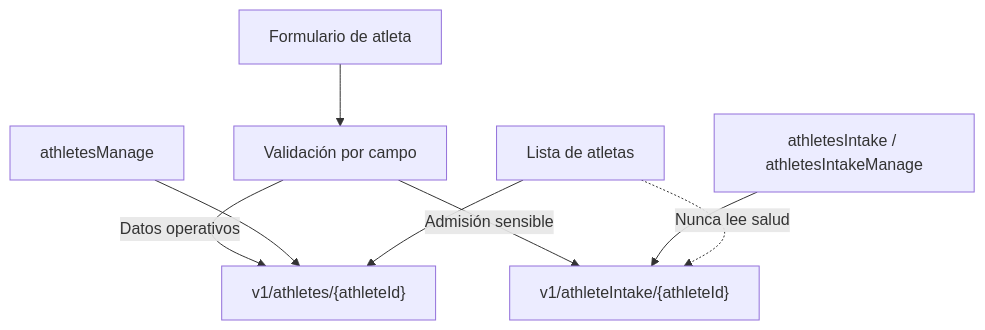
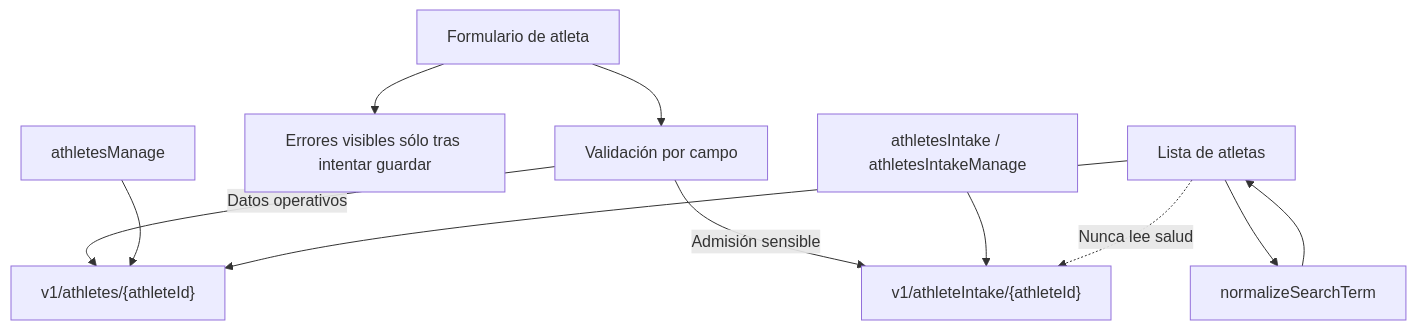
The diagram in Docs/implementation-reports/2026-08-26-athlete-intake.md (EluDeveloper/kronos-training-app), drawn with Mermaid before and after one commit. The commit also changed other lines of this file and 1 other file, not shown here.

````diff
--- a/Docs/implementation-reports/2026-08-26-athlete-intake.md
+++ b/Docs/implementation-reports/2026-08-26-athlete-intake.md
@@ -50,10 +59,13 @@
 ```mermaid
 flowchart TD
     A["Formulario de atleta"] --> B["Validación por campo"]
+    A --> H["Errores visibles sólo tras intentar guardar"]
     B -->|"Datos operativos"| C["v1/athletes/{athleteId}"]
     B -->|"Admisión sensible"| D["v1/athleteIntake/{athleteId}"]
     E["athletesManage"] --> C
     F["athletesIntake / athletesIntakeManage"] --> D
     G["Lista de atletas"] --> C
+    G --> I["normalizeSearchTerm"]
+    I --> G
     G -.->|"Nunca lee salud"| D
 ```
````
